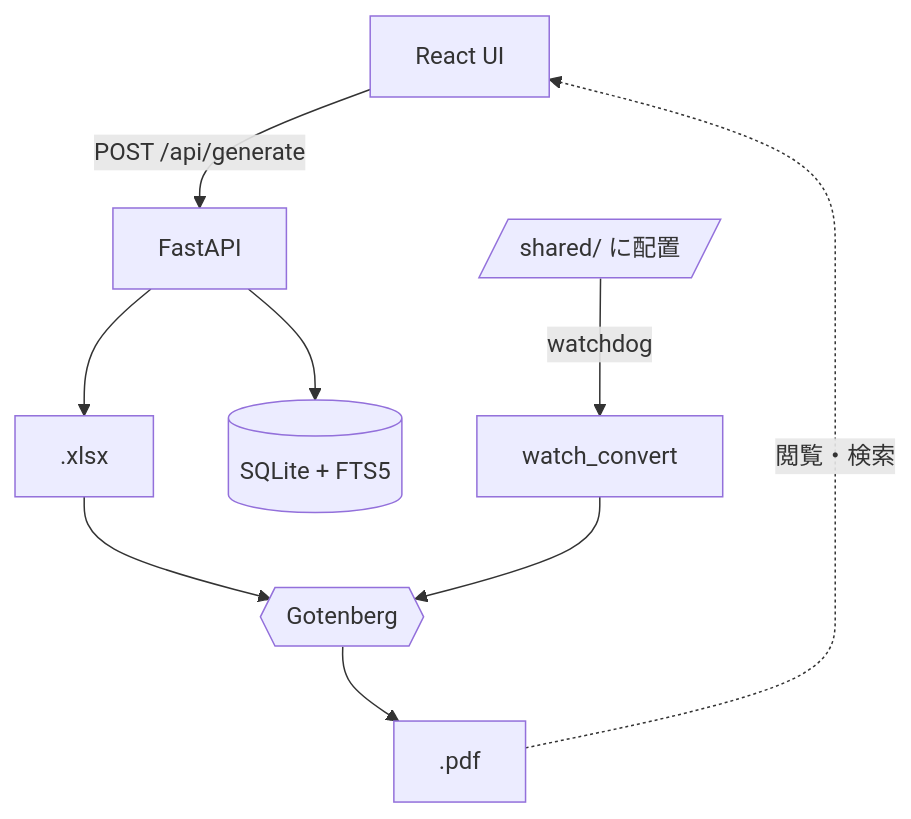
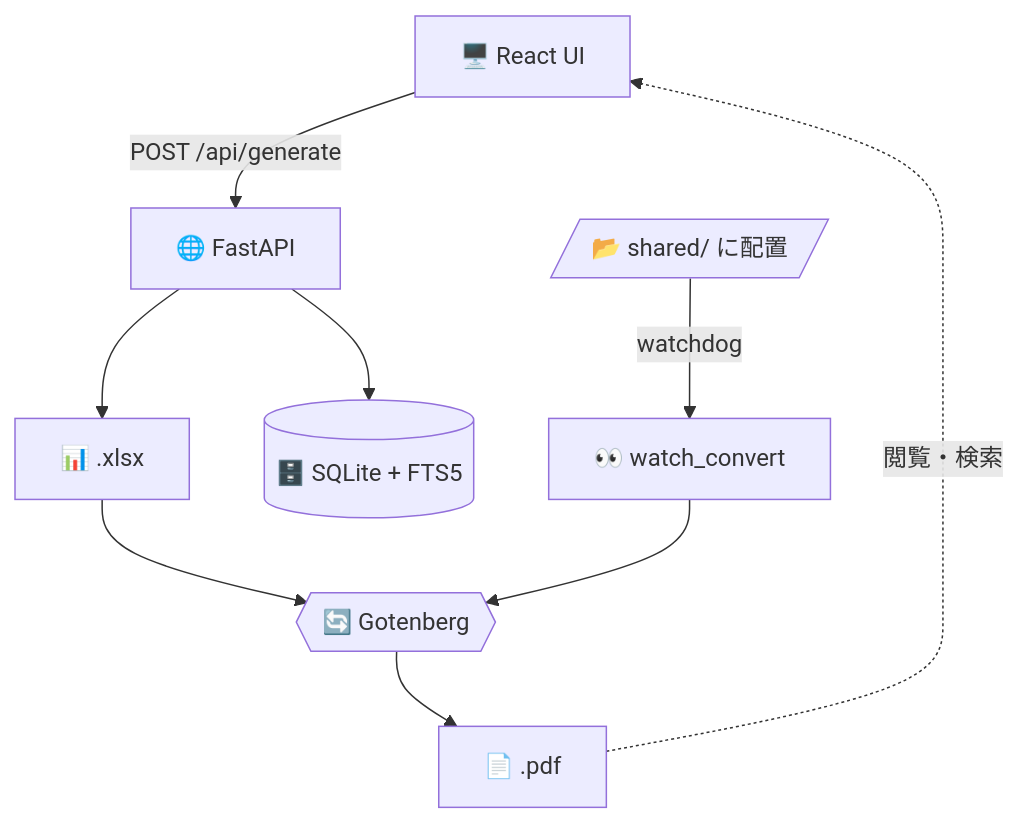
The diagram in README.md (yktsnet/excel-kanri), drawn with Mermaid before and after one commit. The commit also changed 1 other file, not shown here.

Commit message:
docs: Mermaid の各ノードに絵文字を置く (#68)

````diff
--- a/README.md
+++ b/README.md
@@ -40,11 +40,11 @@
 ```mermaid
 flowchart TD
-    UI["React UI"] -->|"POST /api/generate"| API["FastAPI"]
-    SHARED[/"shared/ に配置"/] -->|"watchdog"| WATCH["watch_convert"]
-    API --> XLSX[".xlsx"]
-    API --> DB[("SQLite + FTS5")]
-    XLSX --> GB{{"Gotenberg"}}
+    UI["🖥️ React UI"] -->|"POST /api/generate"| API["🌐 FastAPI"]
+    SHARED[/"📂 shared/ に配置"/] -->|"watchdog"| WATCH["👀 watch_convert"]
+    API --> XLSX["📊 .xlsx"]
+    API --> DB[("🗄️ SQLite + FTS5")]
+    XLSX --> GB{{"🔄 Gotenberg"}}
     WATCH --> GB
-    GB --> PDF[".pdf"]
+    GB --> PDF["📄 .pdf"]
     PDF -.->|"閲覧・検索"| UI
 ```
````
